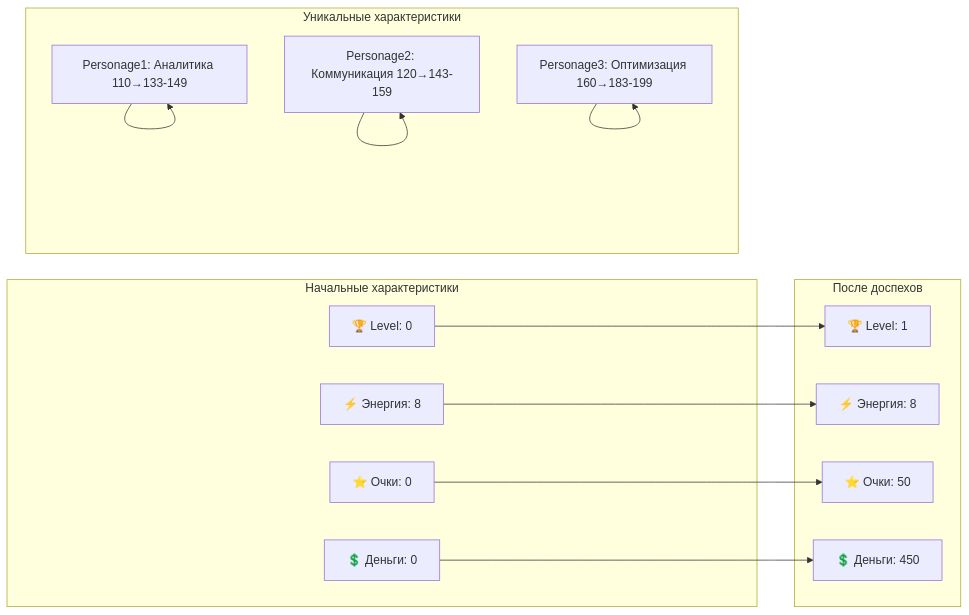
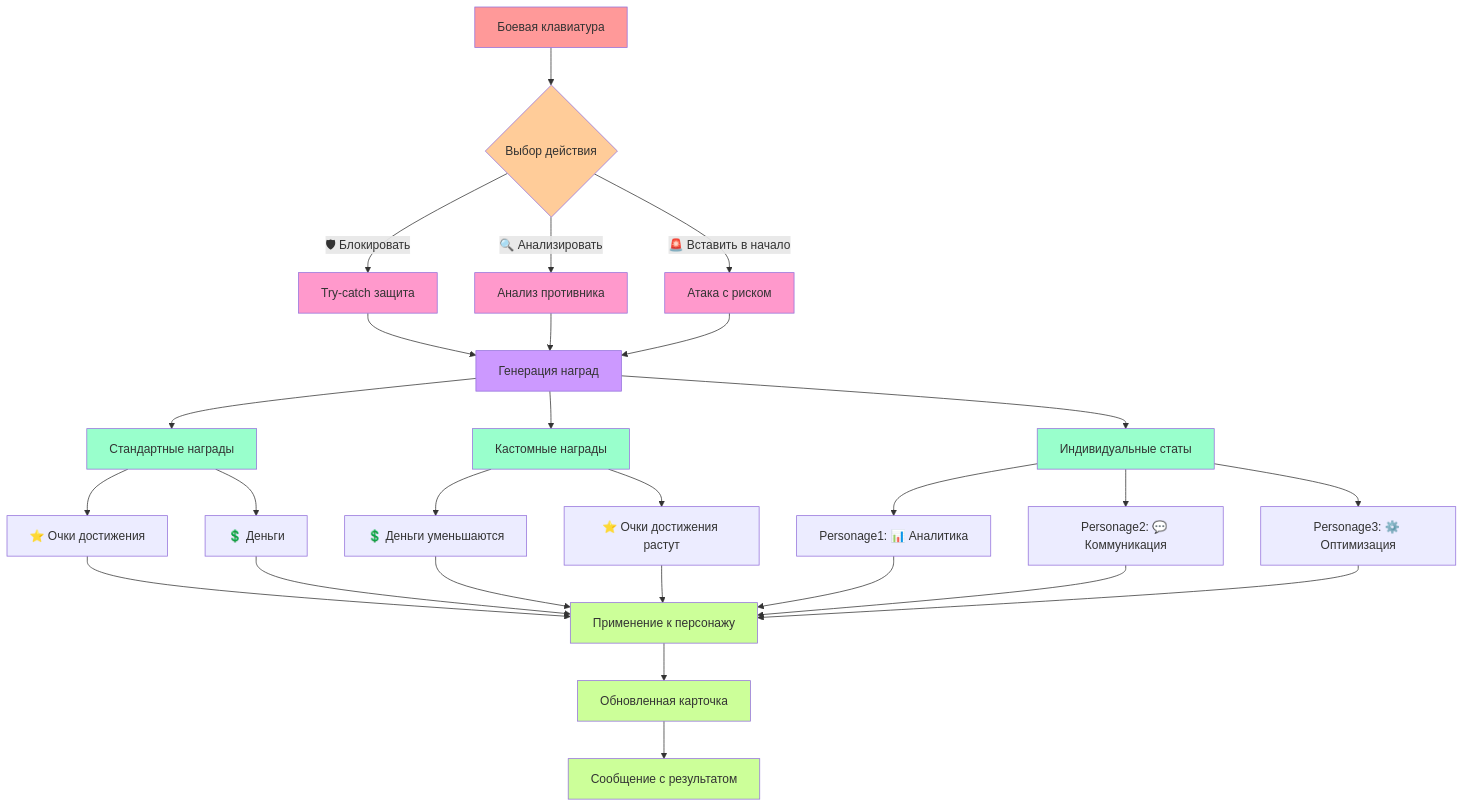
The sixth of 11 diagrams in STORY_DIAGRAMS.md (CodeHacker23/TG_BOT_PRAKTIKA_18_05_25), drawn with Mermaid before and after one commit. The commit also changed other lines of this file and 13 other files, not shown here.

````diff
--- a/STORY_DIAGRAMS.md
+++ b/STORY_DIAGRAMS.md
@@ -204,30 +244,50 @@
 ```mermaid
-graph LR
-    subgraph "Начальные характеристики"
-        A[🏆 Level: 0]
-        B[⚡ Энергия: 8]
-        C[⭐ Очки: 0]
-        D[💲 Деньги: 0]
-    end
+graph TD
+    A[Боевая клавиатура] --> B{Выбор действия}
     
-    subgraph "После доспехов"
-        E[🏆 Level: 1]
-        F[⚡ Энергия: 8]
-        G[⭐ Очки: 50]
-        H[💲 Деньги: 450]
-    end
+    B -->|🛡 Блокировать| C[Try-catch защита]
+    B -->|🔍 Анализировать| D[Анализ противника]
+    B -->|🚨 Вставить в начало| E[Атака с риском]
     
-    subgraph "Уникальные характеристики"
-        I[Personage1: Аналитика 110→133-149]
-        J[Personage2: Коммуникация 120→143-159]
-        K[Personage3: Оптимизация 160→183-199]
-    end
+    C --> F[Генерация наград]
+    D --> F
+    E --> F
     
-    A --> E
-    B --> F
-    C --> G
-    D --> H
-    I --> I
-    J --> J
-    K --> K
+    F --> G[Стандартные награды]
+    F --> H[Кастомные награды]
+    F --> I[Индивидуальные статы]
+    
+    G --> J[⭐ Очки достижения]
+    G --> K[💲 Деньги]
+    
+    H --> L[💲 Деньги уменьшаются]
+    H --> M[⭐ Очки достижения растут]
+    
+    I --> N[Personage1: 📊 Аналитика]
+    I --> O[Personage2: 💬 Коммуникация]
+    I --> P[Personage3: ⚙️ Оптимизация]
+    
+    J --> Q[Применение к персонажу]
+    K --> Q
+    L --> Q
+    M --> Q
+    N --> Q
+    O --> Q
+    P --> Q
+    
+    Q --> R[Обновленная карточка]
+    R --> S[Сообщение с результатом]
+    
+    style A fill:#ff9999
+    style B fill:#ffcc99
+    style C fill:#ff99cc
+    style D fill:#ff99cc
+    style E fill:#ff99cc
+    style F fill:#cc99ff
+    style G fill:#99ffcc
+    style H fill:#99ffcc
+    style I fill:#99ffcc
+    style Q fill:#ccff99
+    style R fill:#ccff99
+    style S fill:#ccff99
 ```
````
